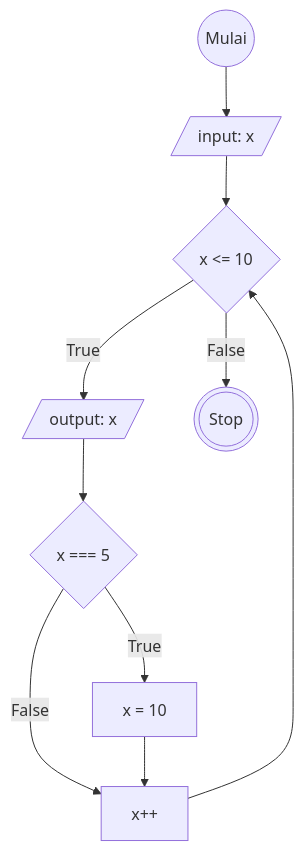
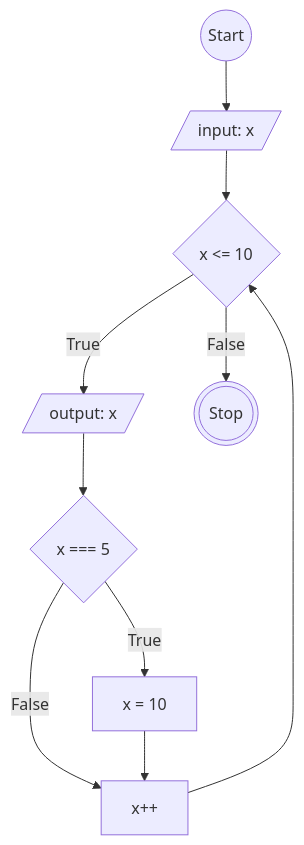
One commit to Arif14377/koda-b6-javascript1 changed the diagram in flowchart-loop.md. Above: the diagram before and after it, drawn with Mermaid.

````diff
--- a/flowchart-loop.md
+++ b/flowchart-loop.md
@@ -4,23 +4,23 @@
 ```mermaid
 flowchart TD
 
-start@{shape: circle, label: "Mulai"}
+start@{shape: circle, label: "Start"}
 init@{shape: lean-r, label: "input: x"}
 logX@{shape: lean-r, label: "output: x"}
 isTrue@{shape: diamond, label: "x <= 10"}
 isTrue2@{shape: diamond, label: "x === 5"}
 true@{shape: rect, label: "x = 10"}
 incr@{shape: rect, label: "x++"}
 stop@{shape: dbl-circ, label: "Stop"}
 
 
 start-->init
 init-->isTrue
 isTrue--True-->logX
 isTrue--False-->stop
 logX-->isTrue2
 isTrue2--True-->true
 isTrue2--False-->incr
 true-->incr
 incr-->isTrue
 ```
````
